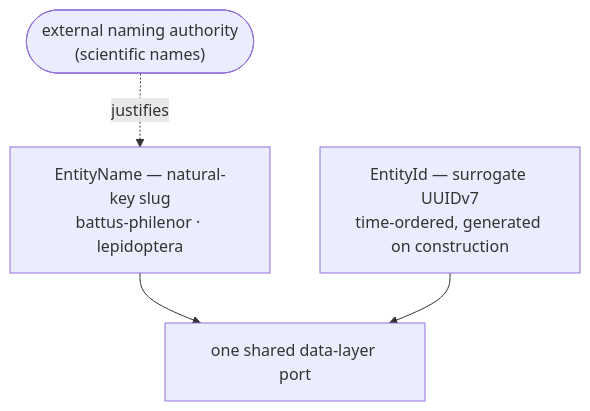
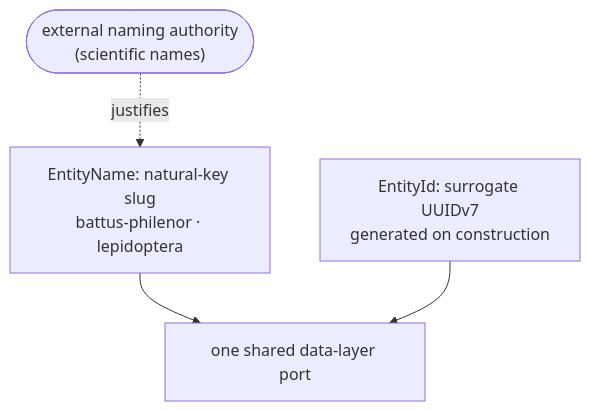
One commit to pway99/naturalist changed the third of 3 diagrams in README.md. Above: the diagram before and after it, drawn with Mermaid. The commit also changed other lines of this file, not shown here.

First line of the commit message:
docs: rewrite README for first-time readers

````diff
--- a/README.md
+++ b/README.md
@@ -212,6 +187,6 @@
 ```mermaid
 graph TD
-    slug["EntityName — natural-key slug<br/>battus-philenor · lepidoptera"] --> port["one shared data-layer port"]
-    uuid["EntityId — surrogate UUIDv7<br/>time-ordered, generated on construction"] --> port
+    slug["EntityName: natural-key slug<br/>battus-philenor · lepidoptera"] --> port["one shared data-layer port"]
+    uuid["EntityId: surrogate UUIDv7<br/>generated on construction"] --> port
     authority(["external naming authority<br/>(scientific names)"]) -. justifies .-> slug
 ```
````
